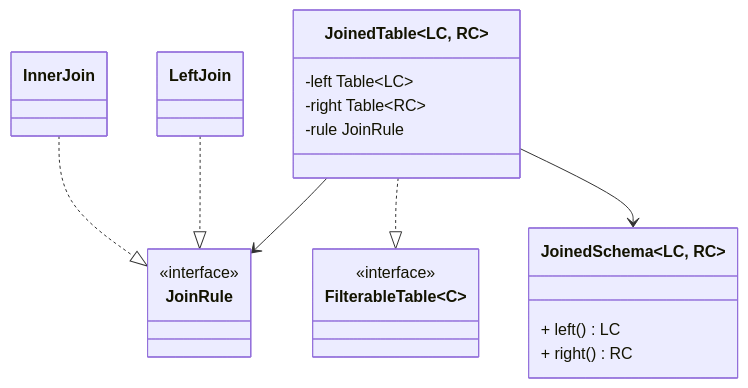
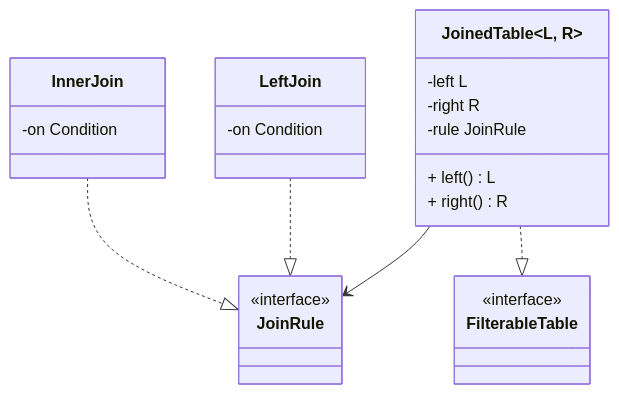
Before and after one commit to safarislava/QueryBricks: the second of 10 diagrams in docs/domain.md, drawn with Mermaid. The commit also changed other lines of this file, not shown here.

Commit message:
docs: Remove schema

````diff
--- a/docs/domain.md
+++ b/docs/domain.md
@@ -21,29 +13,30 @@
 ```mermaid
 classDiagram
-    class FilterableTable~C~ {
+    class FilterableTable {
         <<interface>>
     }
 
     class JoinRule {
         <<interface>>
     }
 
-    class InnerJoin
+    class InnerJoin {
+        -on Condition
+    }
     InnerJoin ..|> JoinRule
-    class LeftJoin
+
+    class LeftJoin {
+        -on Condition
+    }
     LeftJoin ..|> JoinRule
 
-    class JoinedSchema~LC, RC~ {
-        + left() LC
-        + right() RC
-    }
-
-    class JoinedTable~LC, RC~ {
-        -left Table~LC~
-        -right Table~RC~
+    class JoinedTable~L, R~ {
+        -left L
+        -right R
         -rule JoinRule
+        + left() L
+        + right() R
     }
     JoinedTable ..|> FilterableTable
     JoinedTable --> JoinRule
-    JoinedTable --> JoinedSchema
 ```
````
